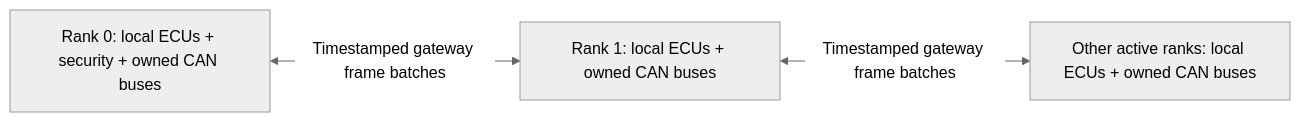
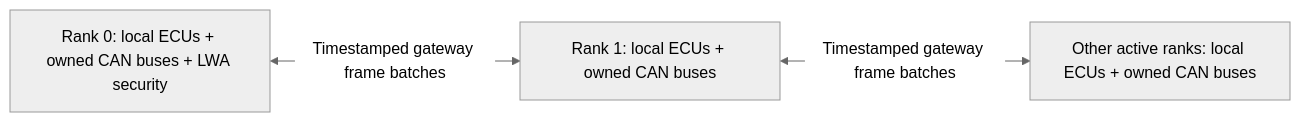
Before and after one commit to Dbrown315/IVNS-Parallelization: the diagram in README.md, drawn with Mermaid (neutral theme). The commit also changed other lines of this file and 20 other files, not shown here.

````diff
--- a/README.md
+++ b/README.md
@@ -50,8 +67,8 @@
 ```mermaid
 flowchart LR
-    A[Rank 0: local ECUs + security + owned CAN buses]
+    A[Rank 0: local ECUs + owned CAN buses + LWA security]
     B[Rank 1: local ECUs + owned CAN buses]
     C[Other active ranks: local ECUs + owned CAN buses]
     A <-->|Timestamped gateway frame batches| B
     B <-->|Timestamped gateway frame batches| C
 ```
````
